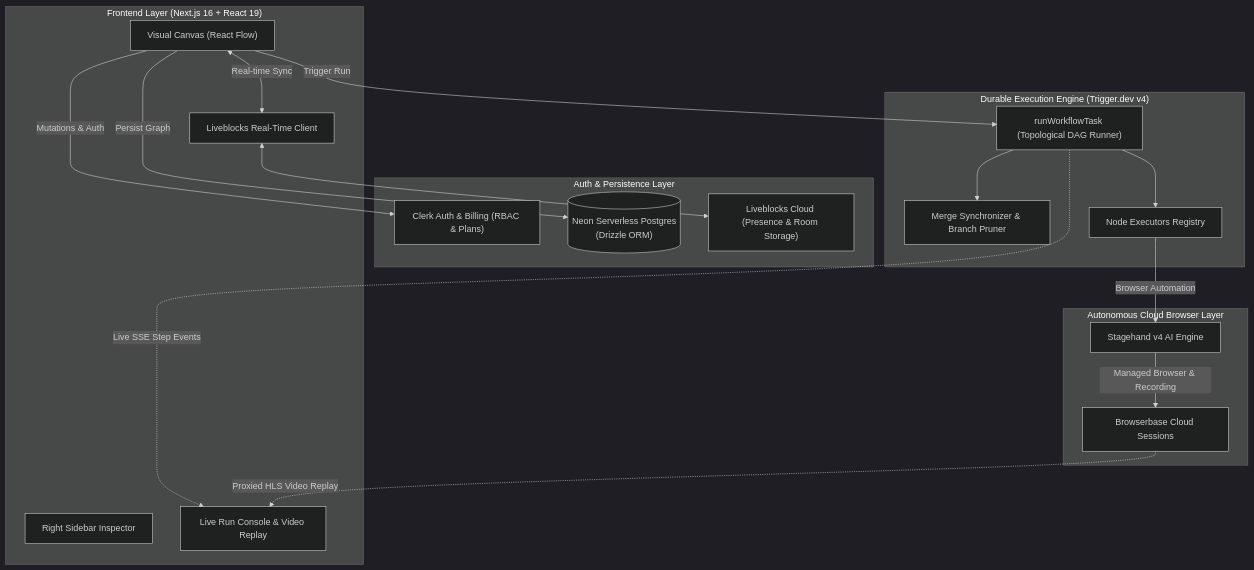
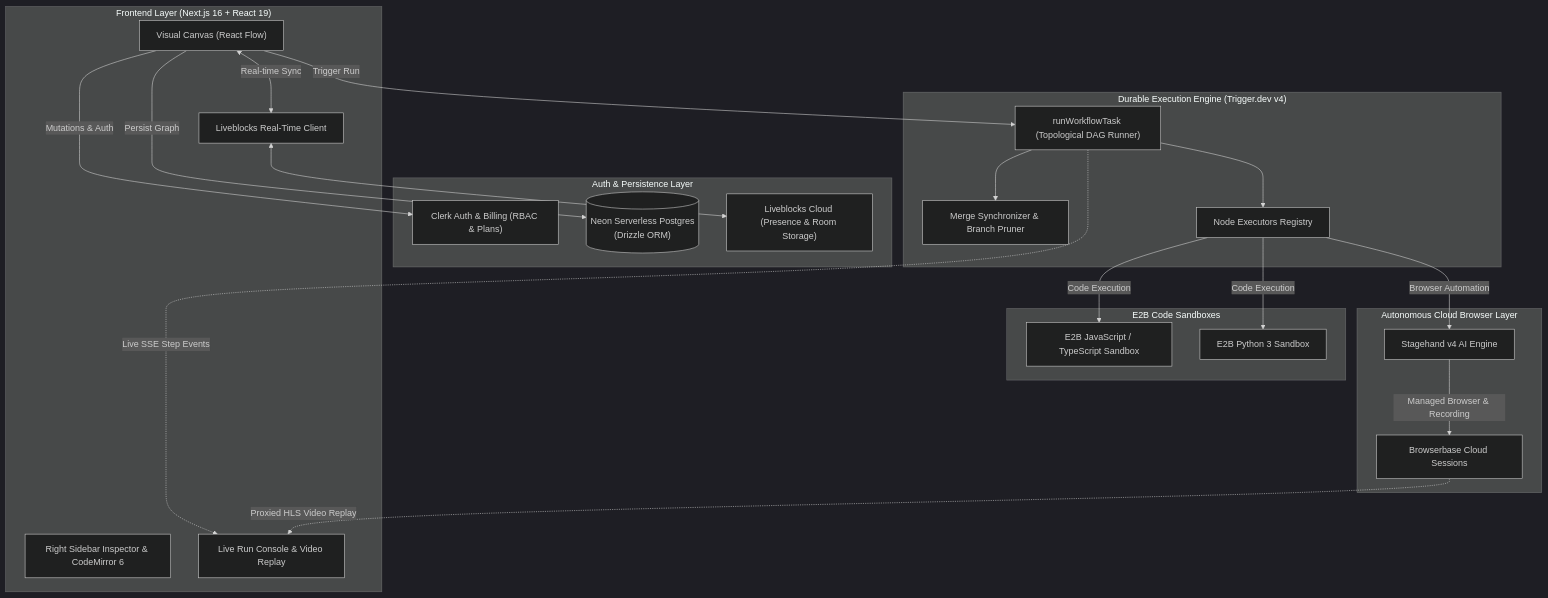
The second of 2 diagrams in README.md (karan74jaiswal/Browser-AI-Agent), drawn with Mermaid (dark theme) before and after one commit. The commit also changed other lines of this file and 26 other files, not shown here.

````diff
--- a/README.md
+++ b/README.md
@@ -149,39 +161,46 @@
 ```mermaid
 flowchart TD
     subgraph Client["Frontend Layer (Next.js 16 + React 19)"]
         UI["Visual Canvas (React Flow)"]
-        Inspector["Right Sidebar Inspector"]
+        Inspector["Right Sidebar Inspector & CodeMirror 6"]
         LB_Client["Liveblocks Real-Time Client"]
         Console["Live Run Console & Video Replay"]
     end
 
     subgraph Auth_Data["Auth & Persistence Layer"]
         Clerk["Clerk Auth & Billing (RBAC & Plans)"]
         Postgres[("Neon Serverless Postgres\n(Drizzle ORM)")]
         LB_Cloud["Liveblocks Cloud (Presence & Room Storage)"]
     end
 
     subgraph Execution["Durable Execution Engine (Trigger.dev v4)"]
         Runner["runWorkflowTask (Topological DAG Runner)"]
         MergeSync["Merge Synchronizer & Branch Pruner"]
         Executors["Node Executors Registry"]
     end
 
+    subgraph Cloud_Sandboxes["E2B Code Sandboxes"]
+        E2B_JS["E2B JavaScript / TypeScript Sandbox"]
+        E2B_PY["E2B Python 3 Sandbox"]
+    end
+
     subgraph Browser_Infra["Autonomous Cloud Browser Layer"]
         BB["Browserbase Cloud Sessions"]
         Stagehand["Stagehand v4 AI Engine"]
     end
 
     UI <-->|Real-time Sync| LB_Client
     LB_Client <--> LB_Cloud
     UI -->|Mutations & Auth| Clerk
     UI -->|Persist Graph| Postgres
 
     UI -->|Trigger Run| Runner
     Runner --> MergeSync
     Runner --> Executors
+    Executors -->|Code Execution| E2B_JS
+    Executors -->|Code Execution| E2B_PY
     Executors -->|Browser Automation| Stagehand
     Stagehand -->|Managed Browser & Recording| BB
     Runner -.->|Live SSE Step Events| Console
     BB -.->|Proxied HLS Video Replay| Console
 ```
````
